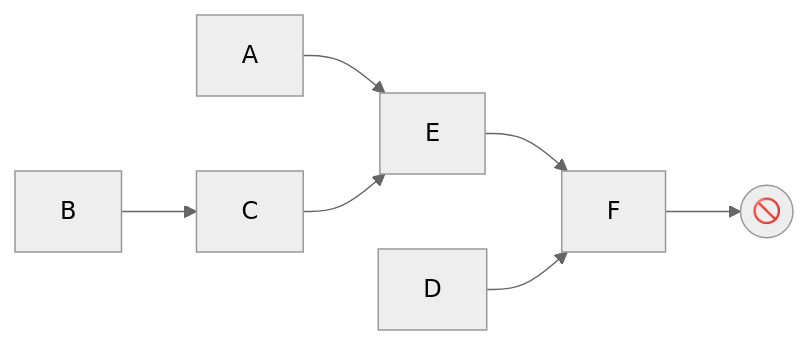
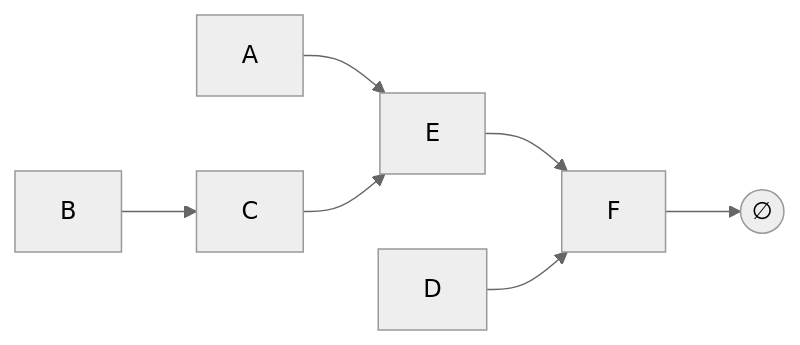
Before and after one commit to raganwald/raganwald.github.com: the third of 17 diagrams in _posts/2026-02-15-nuralagus-rex.md, drawn with Mermaid (neutral theme). The commit also changed other lines of this file, not shown here.

```diff
--- a/_posts/2026-02-15-nuralagus-rex.md
+++ b/_posts/2026-02-15-nuralagus-rex.md
@@ -46,8 +48,8 @@
 <div class="mermaid">
   graph LR
-    Empty(("🚫"))
+    Empty(("∅"))
 
     A-->E-->F-->Empty
     B-->C-->E
     D-->F
 </div>
```
